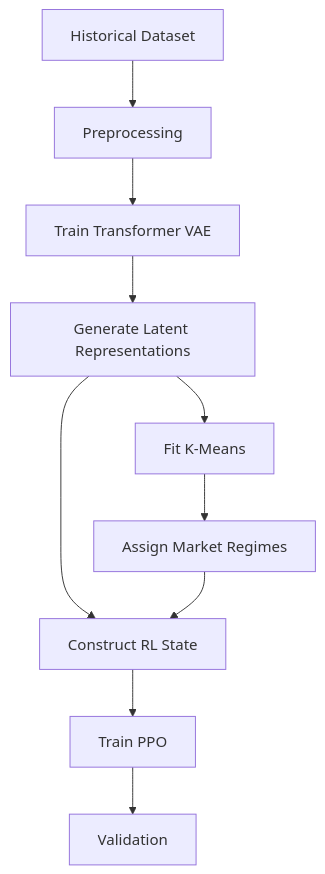
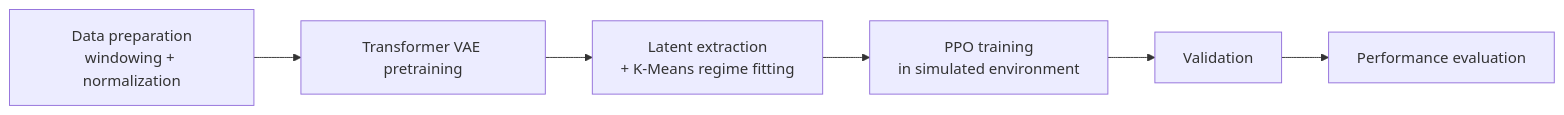
Before and after one commit to AhmedDjibbi/TradeVisor-AI: the sixth of 6 diagrams in README.md, drawn with Mermaid. The commit also changed other lines of this file, not shown here.

````diff
--- a/README.md
+++ b/README.md
@@ -308,13 +224,8 @@
 ```mermaid
-flowchart TB
-    A[Historical Dataset]
-    A --> B[Preprocessing]
-    B --> C[Train Transformer VAE]
-    C --> D[Generate Latent Representations]
-    D --> E[Fit K-Means]
-    E --> F[Assign Market Regimes]
-    D --> G[Construct RL State]
-    F --> G
-    G --> H[Train PPO]
-    H --> I[Validation]
+flowchart LR
+    A["Data preparation<br/>windowing + normalization"] --> B["Transformer VAE pretraining"]
+    B --> C["Latent extraction<br/>+ K-Means regime fitting"]
+    C --> D["PPO training<br/>in simulated environment"]
+    D --> E["Validation"]
+    E --> F["Performance evaluation"]
 ```
````
